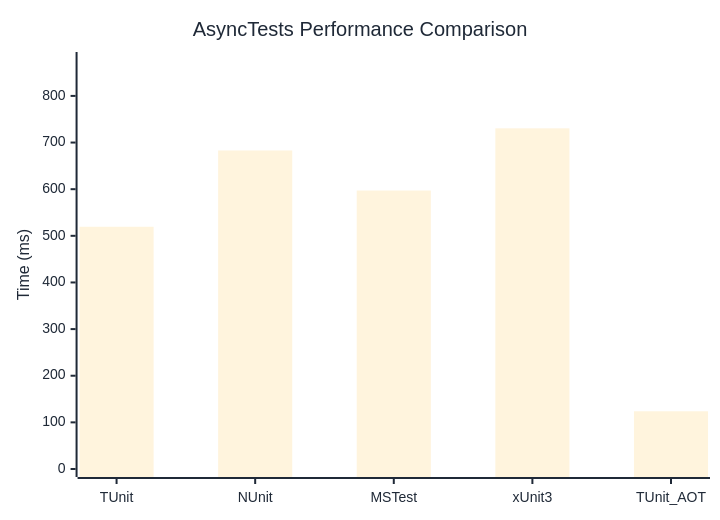
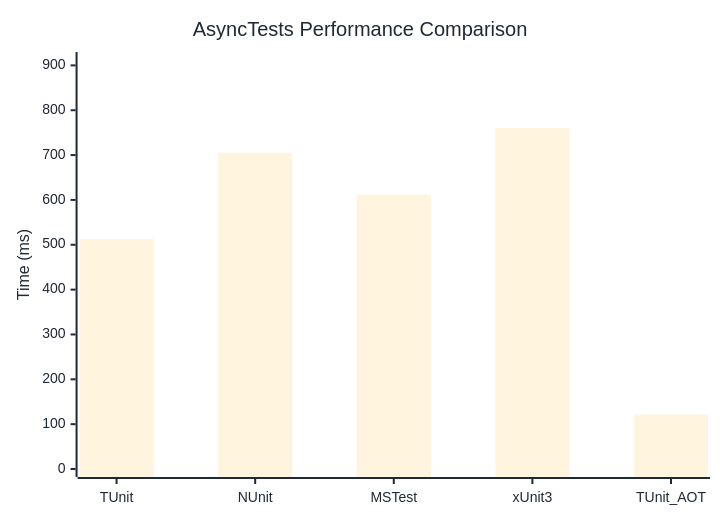
Before and after one commit to weiyilai/TUnit: the diagram in docs/docs/benchmarks/AsyncTests.md, drawn with Mermaid. The commit also changed other lines of this file and 17 other files, not shown here.

````diff
--- a/docs/docs/benchmarks/AsyncTests.md
+++ b/docs/docs/benchmarks/AsyncTests.md
@@ -27,37 +27,37 @@
 ```mermaid
 %%{init: {
   'theme':'base',
   'themeVariables': {
     'primaryColor': '#2563eb',
     'primaryTextColor': '#1f2937',
     'primaryBorderColor': '#1e40af',
     'lineColor': '#6b7280',
     'secondaryColor': '#7c3aed',
     'tertiaryColor': '#dc2626',
     'background': '#ffffff',
     'mainBkg': '#2563eb',
     'secondBkg': '#7c3aed',
     'tertiaryBkg': '#dc2626',
     'clusterBkg': '#f3f4f6',
     'edgeLabelBackground': '#ffffff',
     'tertiaryTextColor': '#1f2937',
     'pie1': '#2563eb',
     'pie2': '#7c3aed',
     'pie3': '#dc2626',
     'pie4': '#f59e0b',
     'pie5': '#10b981',
     'pie6': '#06b6d4',
     'pie7': '#ec4899',
     'pie8': '#6366f1',
     'pie9': '#84cc16',
     'pie10': '#f97316',
     'pie11': '#14b8a6',
     'pie12': '#a855f7'
   }
 }}%%
 xychart-beta
   title "AsyncTests Performance Comparison"
   x-axis ["TUnit", "NUnit", "MSTest", "xUnit3", "TUnit_AOT"]
-  y-axis "Time (ms)" 0 --> 877
-  bar [519.4, 683, 597.1, 730.5, 123.8]
+  y-axis "Time (ms)" 0 --> 912
+  bar [512.9, 705.3, 611.8, 760, 121.4]
 ```
````
